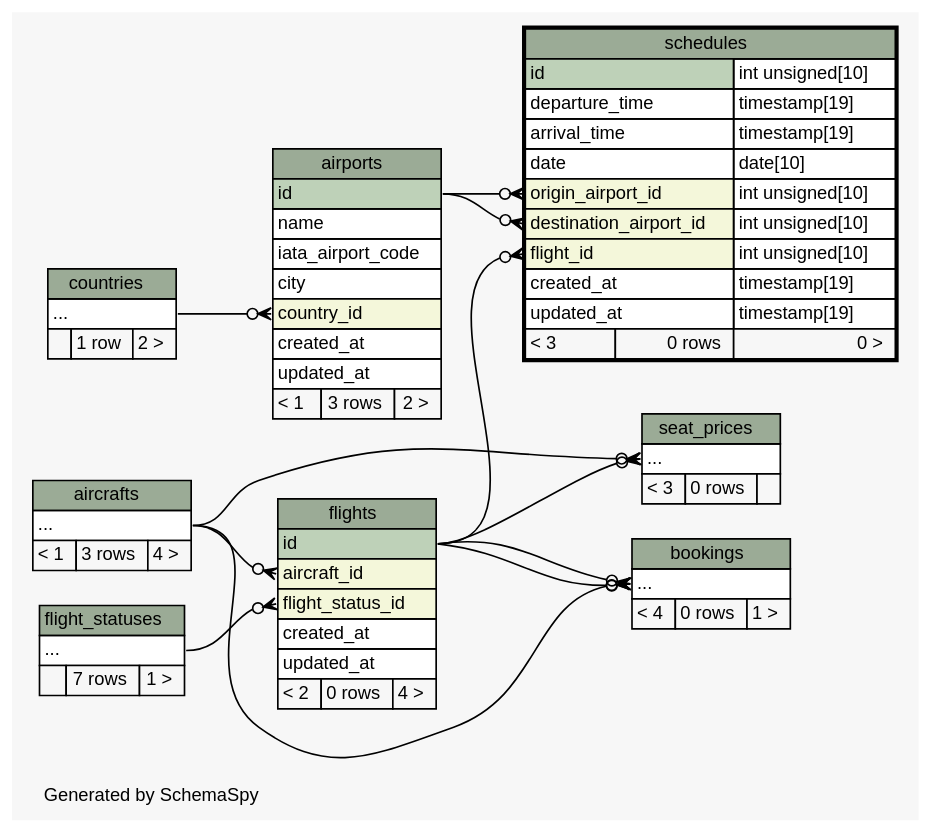
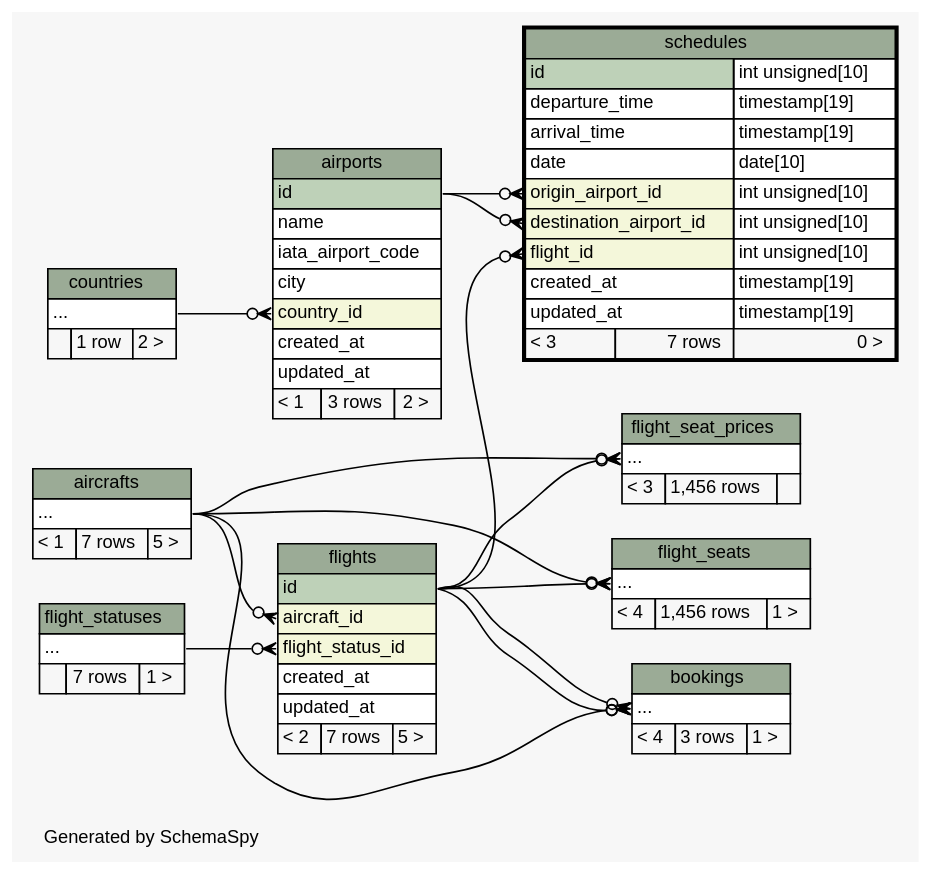
Before and after one commit to joaonzangoII/flightbookingsystem: the diagram in web/app/database/schema/diagrams/schedules.2degrees.dot, drawn with Graphviz. The commit also changed 129 other files, not shown here.

```diff
--- a/web/app/database/schema/diagrams/schedules.2degrees.dot
+++ b/web/app/database/schema/diagrams/schedules.2degrees.dot
@@ -1,131 +1,143 @@
-// dot 2.38.0 on Linux 4.8.0-46-generic
+// dot 2.38.0 on Linux 4.8.0-49-generic
 // SchemaSpy rev 590
 digraph "twoDegreesRelationshipsDiagram" {
   graph [
     rankdir="RL"
     bgcolor="#f7f7f7"
     label="\nGenerated by SchemaSpy"
     labeljust="l"
     nodesep="0.18"
     ranksep="0.46"
     fontname="Helvetica"
     fontsize="11"
   ];
   node [
     fontname="Helvetica"
     fontsize="11"
     shape="plaintext"
   ];
   edge [
     arrowsize="0.8"
   ];
   "airports":"country_id":w -> "countries":"elipses":e [arrowhead=none dir=back arrowtail=crowodot];
   "bookings":"elipses":w -> "aircrafts":"elipses":e [arrowhead=none dir=back arrowtail=crowodot];
   "bookings":"elipses":w -> "flights":"id":e [arrowhead=none dir=back arrowtail=crowodot];
   "bookings":"elipses":w -> "flights":"id":e [arrowhead=none dir=back arrowtail=crowodot];
+  "flight_seat_prices":"elipses":w -> "aircrafts":"elipses":e [arrowhead=none dir=back arrowtail=crowodot];
+  "flight_seat_prices":"elipses":w -> "flights":"id":e [arrowhead=none dir=back arrowtail=crowodot];
+  "flight_seats":"elipses":w -> "aircrafts":"elipses":e [arrowhead=none dir=back arrowtail=crowodot];
+  "flight_seats":"elipses":w -> "flights":"id":e [arrowhead=none dir=back arrowtail=crowodot];
   "flights":"aircraft_id":w -> "aircrafts":"elipses":e [arrowhead=none dir=back arrowtail=crowodot];
   "flights":"flight_status_id":w -> "flight_statuses":"elipses":e [arrowhead=none dir=back arrowtail=crowodot];
   "schedules":"destination_airport_id":w -> "airports":"id":e [arrowhead=none dir=back arrowtail=crowodot];
   "schedules":"flight_id":w -> "flights":"id":e [arrowhead=none dir=back arrowtail=crowodot];
   "schedules":"origin_airport_id":w -> "airports":"id":e [arrowhead=none dir=back arrowtail=crowodot];
-  "seat_prices":"elipses":w -> "aircrafts":"elipses":e [arrowhead=none dir=back arrowtail=crowodot];
-  "seat_prices":"elipses":w -> "flights":"id":e [arrowhead=none dir=back arrowtail=crowodot];
   "aircrafts" [
     label=<
     <TABLE BORDER="0" CELLBORDER="1" CELLSPACING="0" BGCOLOR="#ffffff">
       <TR><TD COLSPAN="3" BGCOLOR="#9bab96" ALIGN="CENTER">aircrafts</TD></TR>
       <TR><TD PORT="elipses" COLSPAN="3" ALIGN="LEFT">...</TD></TR>
-      <TR><TD ALIGN="LEFT" BGCOLOR="#f7f7f7">&lt; 1</TD><TD ALIGN="RIGHT" BGCOLOR="#f7f7f7">3 rows</TD><TD ALIGN="RIGHT" BGCOLOR="#f7f7f7">4 &gt;</TD></TR>
+      <TR><TD ALIGN="LEFT" BGCOLOR="#f7f7f7">&lt; 1</TD><TD ALIGN="RIGHT" BGCOLOR="#f7f7f7">7 rows</TD><TD ALIGN="RIGHT" BGCOLOR="#f7f7f7">5 &gt;</TD></TR>
     </TABLE>>
     URL="aircrafts.html"
     tooltip="aircrafts"
   ];
   "airports" [
     label=<
     <TABLE BORDER="0" CELLBORDER="1" CELLSPACING="0" BGCOLOR="#ffffff">
       <TR><TD COLSPAN="3" BGCOLOR="#9bab96" ALIGN="CENTER">airports</TD></TR>
       <TR><TD PORT="id" COLSPAN="3" BGCOLOR="#bed1b8" ALIGN="LEFT">id</TD></TR>
       <TR><TD PORT="name" COLSPAN="3" ALIGN="LEFT">name</TD></TR>
       <TR><TD PORT="iata_airport_code" COLSPAN="3" ALIGN="LEFT">iata_airport_code</TD></TR>
       <TR><TD PORT="city" COLSPAN="3" ALIGN="LEFT">city</TD></TR>
       <TR><TD PORT="country_id" COLSPAN="3" BGCOLOR="#f4f7da" ALIGN="LEFT">country_id</TD></TR>
       <TR><TD PORT="created_at" COLSPAN="3" ALIGN="LEFT">created_at</TD></TR>
       <TR><TD PORT="updated_at" COLSPAN="3" ALIGN="LEFT">updated_at</TD></TR>
       <TR><TD ALIGN="LEFT" BGCOLOR="#f7f7f7">&lt; 1</TD><TD ALIGN="RIGHT" BGCOLOR="#f7f7f7">3 rows</TD><TD ALIGN="RIGHT" BGCOLOR="#f7f7f7">2 &gt;</TD></TR>
     </TABLE>>
     URL="airports.html"
     tooltip="airports"
   ];
   "bookings" [
     label=<
     <TABLE BORDER="0" CELLBORDER="1" CELLSPACING="0" BGCOLOR="#ffffff">
       <TR><TD COLSPAN="3" BGCOLOR="#9bab96" ALIGN="CENTER">bookings</TD></TR>
       <TR><TD PORT="elipses" COLSPAN="3" ALIGN="LEFT">...</TD></TR>
-      <TR><TD ALIGN="LEFT" BGCOLOR="#f7f7f7">&lt; 4</TD><TD ALIGN="RIGHT" BGCOLOR="#f7f7f7">0 rows</TD><TD ALIGN="RIGHT" BGCOLOR="#f7f7f7">1 &gt;</TD></TR>
+      <TR><TD ALIGN="LEFT" BGCOLOR="#f7f7f7">&lt; 4</TD><TD ALIGN="RIGHT" BGCOLOR="#f7f7f7">3 rows</TD><TD ALIGN="RIGHT" BGCOLOR="#f7f7f7">1 &gt;</TD></TR>
     </TABLE>>
     URL="bookings.html"
     tooltip="bookings"
   ];
   "countries" [
     label=<
     <TABLE BORDER="0" CELLBORDER="1" CELLSPACING="0" BGCOLOR="#ffffff">
       <TR><TD COLSPAN="3" BGCOLOR="#9bab96" ALIGN="CENTER">countries</TD></TR>
       <TR><TD PORT="elipses" COLSPAN="3" ALIGN="LEFT">...</TD></TR>
       <TR><TD ALIGN="LEFT" BGCOLOR="#f7f7f7">  </TD><TD ALIGN="RIGHT" BGCOLOR="#f7f7f7">1 row</TD><TD ALIGN="RIGHT" BGCOLOR="#f7f7f7">2 &gt;</TD></TR>
     </TABLE>>
     URL="countries.html"
     tooltip="countries"
+  ];
+  "flight_seat_prices" [
+    label=<
+    <TABLE BORDER="0" CELLBORDER="1" CELLSPACING="0" BGCOLOR="#ffffff">
+      <TR><TD COLSPAN="3" BGCOLOR="#9bab96" ALIGN="CENTER">flight_seat_prices</TD></TR>
+      <TR><TD PORT="elipses" COLSPAN="3" ALIGN="LEFT">...</TD></TR>
+      <TR><TD ALIGN="LEFT" BGCOLOR="#f7f7f7">&lt; 3</TD><TD ALIGN="RIGHT" BGCOLOR="#f7f7f7">1,456 rows</TD><TD ALIGN="RIGHT" BGCOLOR="#f7f7f7">  </TD></TR>
+    </TABLE>>
+    URL="flight_seat_prices.html"
+    tooltip="flight_seat_prices"
+  ];
+  "flight_seats" [
+    label=<
+    <TABLE BORDER="0" CELLBORDER="1" CELLSPACING="0" BGCOLOR="#ffffff">
+      <TR><TD COLSPAN="3" BGCOLOR="#9bab96" ALIGN="CENTER">flight_seats</TD></TR>
+      <TR><TD PORT="elipses" COLSPAN="3" ALIGN="LEFT">...</TD></TR>
+      <TR><TD ALIGN="LEFT" BGCOLOR="#f7f7f7">&lt; 4</TD><TD ALIGN="RIGHT" BGCOLOR="#f7f7f7">1,456 rows</TD><TD ALIGN="RIGHT" BGCOLOR="#f7f7f7">1 &gt;</TD></TR>
+    </TABLE>>
+    URL="flight_seats.html"
+    tooltip="flight_seats"
   ];
   "flight_statuses" [
     label=<
     <TABLE BORDER="0" CELLBORDER="1" CELLSPACING="0" BGCOLOR="#ffffff">
       <TR><TD COLSPAN="3" BGCOLOR="#9bab96" ALIGN="CENTER">flight_statuses</TD></TR>
       <TR><TD PORT="elipses" COLSPAN="3" ALIGN="LEFT">...</TD></TR>
       <TR><TD ALIGN="LEFT" BGCOLOR="#f7f7f7">  </TD><TD ALIGN="RIGHT" BGCOLOR="#f7f7f7">7 rows</TD><TD ALIGN="RIGHT" BGCOLOR="#f7f7f7">1 &gt;</TD></TR>
     </TABLE>>
     URL="flight_statuses.html"
     tooltip="flight_statuses"
   ];
   "flights" [
     label=<
     <TABLE BORDER="0" CELLBORDER="1" CELLSPACING="0" BGCOLOR="#ffffff">
       <TR><TD COLSPAN="3" BGCOLOR="#9bab96" ALIGN="CENTER">flights</TD></TR>
       <TR><TD PORT="id" COLSPAN="3" BGCOLOR="#bed1b8" ALIGN="LEFT">id</TD></TR>
       <TR><TD PORT="aircraft_id" COLSPAN="3" BGCOLOR="#f4f7da" ALIGN="LEFT">aircraft_id</TD></TR>
       <TR><TD PORT="flight_status_id" COLSPAN="3" BGCOLOR="#f4f7da" ALIGN="LEFT">flight_status_id</TD></TR>
       <TR><TD PORT="created_at" COLSPAN="3" ALIGN="LEFT">created_at</TD></TR>
       <TR><TD PORT="updated_at" COLSPAN="3" ALIGN="LEFT">updated_at</TD></TR>
-      <TR><TD ALIGN="LEFT" BGCOLOR="#f7f7f7">&lt; 2</TD><TD ALIGN="RIGHT" BGCOLOR="#f7f7f7">0 rows</TD><TD ALIGN="RIGHT" BGCOLOR="#f7f7f7">4 &gt;</TD></TR>
+      <TR><TD ALIGN="LEFT" BGCOLOR="#f7f7f7">&lt; 2</TD><TD ALIGN="RIGHT" BGCOLOR="#f7f7f7">7 rows</TD><TD ALIGN="RIGHT" BGCOLOR="#f7f7f7">5 &gt;</TD></TR>
     </TABLE>>
     URL="flights.html"
     tooltip="flights"
   ];
   "schedules" [
     label=<
     <TABLE BORDER="2" CELLBORDER="1" CELLSPACING="0" BGCOLOR="#ffffff">
       <TR><TD COLSPAN="3" BGCOLOR="#9bab96" ALIGN="CENTER">schedules</TD></TR>
       <TR><TD PORT="id" COLSPAN="2" BGCOLOR="#bed1b8" ALIGN="LEFT">id</TD><TD PORT="id.type" ALIGN="LEFT">int unsigned[10]</TD></TR>
       <TR><TD PORT="departure_time" COLSPAN="2" ALIGN="LEFT">departure_time</TD><TD PORT="departure_time.type" ALIGN="LEFT">timestamp[19]</TD></TR>
       <TR><TD PORT="arrival_time" COLSPAN="2" ALIGN="LEFT">arrival_time</TD><TD PORT="arrival_time.type" ALIGN="LEFT">timestamp[19]</TD></TR>
       <TR><TD PORT="date" COLSPAN="2" ALIGN="LEFT">date</TD><TD PORT="date.type" ALIGN="LEFT">date[10]</TD></TR>
       <TR><TD PORT="origin_airport_id" COLSPAN="2" BGCOLOR="#f4f7da" ALIGN="LEFT">origin_airport_id</TD><TD PORT="origin_airport_id.type" ALIGN="LEFT">int unsigned[10]</TD></TR>
       <TR><TD PORT="destination_airport_id" COLSPAN="2" BGCOLOR="#f4f7da" ALIGN="LEFT">destination_airport_id</TD><TD PORT="destination_airport_id.type" ALIGN="LEFT">int unsigned[10]</TD></TR>
       <TR><TD PORT="flight_id" COLSPAN="2" BGCOLOR="#f4f7da" ALIGN="LEFT">flight_id</TD><TD PORT="flight_id.type" ALIGN="LEFT">int unsigned[10]</TD></TR>
       <TR><TD PORT="created_at" COLSPAN="2" ALIGN="LEFT">created_at</TD><TD PORT="created_at.type" ALIGN="LEFT">timestamp[19]</TD></TR>
       <TR><TD PORT="updated_at" COLSPAN="2" ALIGN="LEFT">updated_at</TD><TD PORT="updated_at.type" ALIGN="LEFT">timestamp[19]</TD></TR>
-      <TR><TD ALIGN="LEFT" BGCOLOR="#f7f7f7">&lt; 3</TD><TD ALIGN="RIGHT" BGCOLOR="#f7f7f7">0 rows</TD><TD ALIGN="RIGHT" BGCOLOR="#f7f7f7">0 &gt;</TD></TR>
+      <TR><TD ALIGN="LEFT" BGCOLOR="#f7f7f7">&lt; 3</TD><TD ALIGN="RIGHT" BGCOLOR="#f7f7f7">7 rows</TD><TD ALIGN="RIGHT" BGCOLOR="#f7f7f7">0 &gt;</TD></TR>
     </TABLE>>
     URL="schedules.html"
     tooltip="schedules"
   ];
-  "seat_prices" [
-    label=<
-    <TABLE BORDER="0" CELLBORDER="1" CELLSPACING="0" BGCOLOR="#ffffff">
-      <TR><TD COLSPAN="3" BGCOLOR="#9bab96" ALIGN="CENTER">seat_prices</TD></TR>
-      <TR><TD PORT="elipses" COLSPAN="3" ALIGN="LEFT">...</TD></TR>
-      <TR><TD ALIGN="LEFT" BGCOLOR="#f7f7f7">&lt; 3</TD><TD ALIGN="RIGHT" BGCOLOR="#f7f7f7">0 rows</TD><TD ALIGN="RIGHT" BGCOLOR="#f7f7f7">  </TD></TR>
-    </TABLE>>
-    URL="seat_prices.html"
-    tooltip="seat_prices"
-  ];
 }
```
